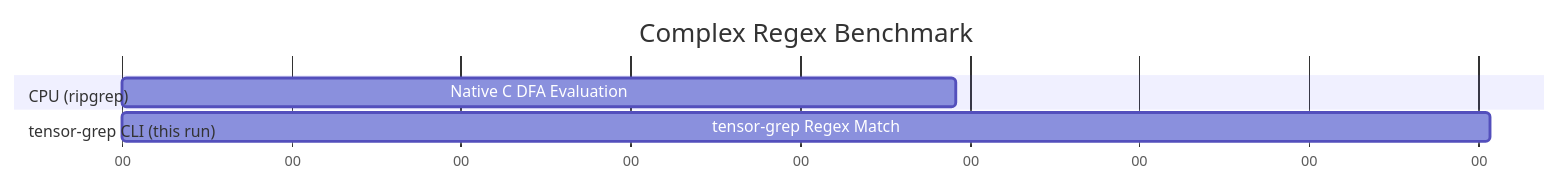
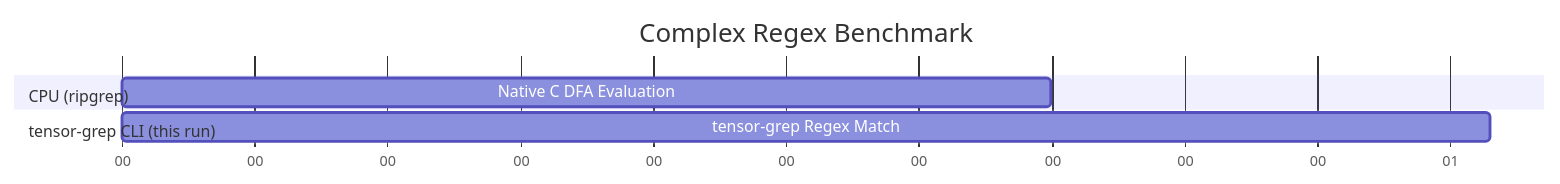
Before and after one commit to oimiragieo/tensor-grep: the second of 3 diagrams in docs/PAPER.md, drawn with Mermaid. The commit also changed other lines of this file and 1 other file, not shown here.

````diff
--- a/docs/PAPER.md
+++ b/docs/PAPER.md
@@ -102,12 +102,12 @@
 ```mermaid
 gantt
     title Complex Regex Benchmark
     dateFormat  s
     axisFormat %S
     
     section CPU (ripgrep)
-    Native C DFA Evaluation :a1, 0, 0.492s
+    Native C DFA Evaluation :a1, 0, 0.699s
     
     section tensor-grep CLI (this run)
-    tensor-grep Regex Match :a2, 0, 0.807s
+    tensor-grep Regex Match :a2, 0, 1.030s
 ```
````
